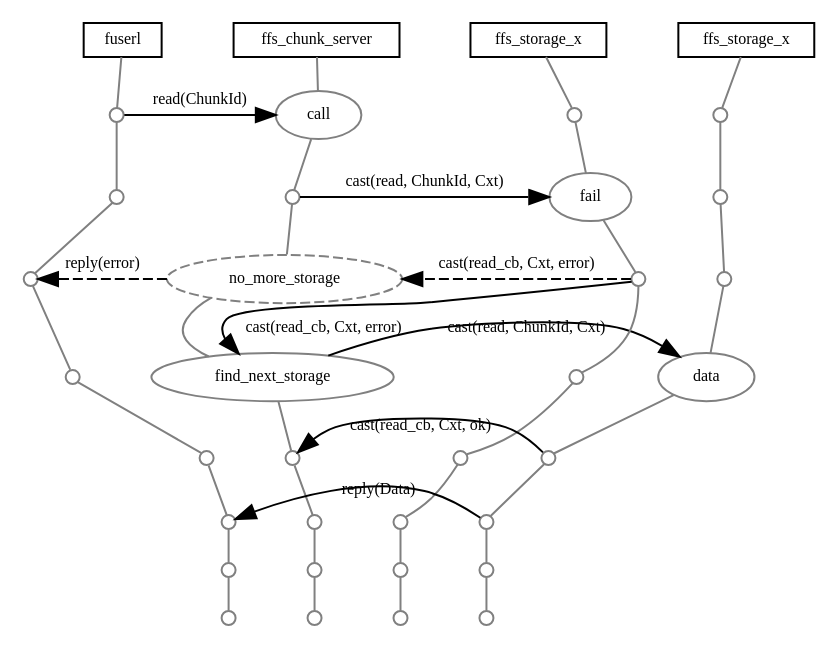
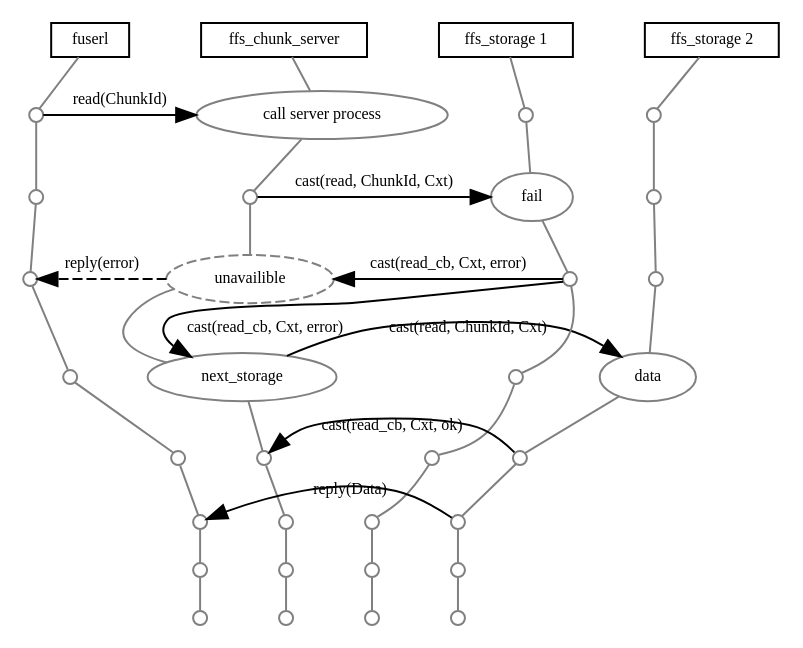
Before and after one commit to petterl/friendfs: the diagram in friendfs/doc/read_sequence_chunk.dot, drawn with Graphviz.

Commit message:
Made dot file LOTS smaller

```diff
--- a/friendfs/doc/read_sequence_chunk.dot
+++ b/friendfs/doc/read_sequence_chunk.dot
@@ -1,47 +1,47 @@
 digraph G{
     ranksep=.1;
     size="7.5,7.5";
     node [fontsize=8, style=point, width=.1, height=.1, color=grey, label=""];
     edge [arrowhead=none, style=filled, color=grey];
     
-    p1_0->p1_1;p1_1->p1_2;p1_2->p1_3;p1_3->p1_4;p1_4->p1_5;p1_5->p1_6;p1_6->p1_7;p1_7->p1_8;
-    p2_0->p2_1;p2_1->p2_2;p2_2->p2_3;p2_3->p2_4;p2_5->p2_6;p2_4->p2_5;p2_6->p2_7;p2_7->p2_8;
-    p3_0->p3_1;p3_1->p3_2;p3_2->p3_3;p3_3->p3_4;p3_4->p3_5;p3_5->p3_6;p3_6->p3_7;p3_7->p3_8;
-    p4_0->p4_1;p4_1->p4_2;p4_2->p4_3;p4_3->p4_4;p4_4->p4_5;p4_5->p4_6;p4_6->p4_7;p4_7->p4_8;
+    p1_0->p1_1->p1_2->p1_3->p1_4->p1_5->p1_6->p1_7->p1_8;
+    p2_0->p2_1->p2_2->p2_3->p2_4->p2_5->p2_6->p2_7->p2_8;
+    p3_0->p3_1->p3_2->p3_3->p3_4->p3_5->p3_6->p3_7->p3_8;
+    p4_0->p4_1->p4_2->p4_3->p4_4->p4_5->p4_6->p4_7->p4_8;
     
     p1_0 -> p2_0 -> p3_0 -> p4_0 [style=invis]
     {rank = same; edge[style=invis] p1_0 -> p2_0 -> p3_0 -> p4_0}
     {rank = same; edge[style=invis] p1_1 -> p2_1 -> p3_1 -> p4_1}
     {rank = same; edge[style=invis] p1_2 -> p2_2 -> p3_2 -> p4_2}
     {rank = same; edge[style=invis] p1_3 -> p2_3 -> p3_3 -> p4_3}
     {rank = same; edge[style=invis] p1_4 -> p2_4 -> p3_4 -> p4_4}
     {rank = same; edge[style=invis] p1_5 -> p2_5 -> p3_5 -> p4_5}
     {rank = same; edge[style=invis] p1_6 -> p2_6 -> p3_6 -> p4_6}
     {rank = same; edge[style=invis] p1_7 -> p2_7 -> p3_7 -> p4_7}
     {rank = same; edge[style=invis] p1_8 -> p2_8 -> p3_8 -> p4_8}
     
     edge [style=filled, fontsize=8, weight=0, arrowtail=none,
           arrowhead=normal, color=black];
 
     // Node names   
     p1_0 [color=black, shape=box, label="fuserl"];
     p2_0 [color=black, shape=box, label="ffs_chunk_server"];
-    p3_0 [color=black, shape=box, label="ffs_storage_x"];
-    p4_0 [color=black, shape=box, label="ffs_storage_x"];
+    p3_0 [color=black, shape=box, label="ffs_storage 1"];
+    p4_0 [color=black, shape=box, label="ffs_storage 2"];
 
     // Transitions
     p1_1 -> p2_1 [label="read(ChunkId)"]
-    p2_1 [label="call"]
+    p2_1 [label="call server process"]
     p2_2 -> p3_2 [label="cast(read, ChunkId, Cxt)"]
     p3_2 [label="fail"]
     p3_3 -> p2_4 [label="cast(read_cb, Cxt, error)"]
-    p2_4 [label="find_next_storage"]
+    p2_4 [label="next_storage"]
     p2_4 -> p4_4 [label="cast(read, ChunkId, Cxt)"]
     p4_4 [label="data"]
     p4_5 -> p2_5 [label="cast(read_cb, Cxt, ok)"]
     p4_6 -> p1_6 [label="reply(Data)"]
 
-    p3_3 -> p2_3 [label="cast(read_cb, Cxt, error)", style=dashed]
-    p2_3 [label="no_more_storage", style=dashed]
+    p3_3 -> p2_3 [label="cast(read_cb, Cxt, error)"]
+    p2_3 [label="unavailible", style=dashed]
     p2_3 -> p1_3 [label="reply(error)", style=dashed]
 }
```
